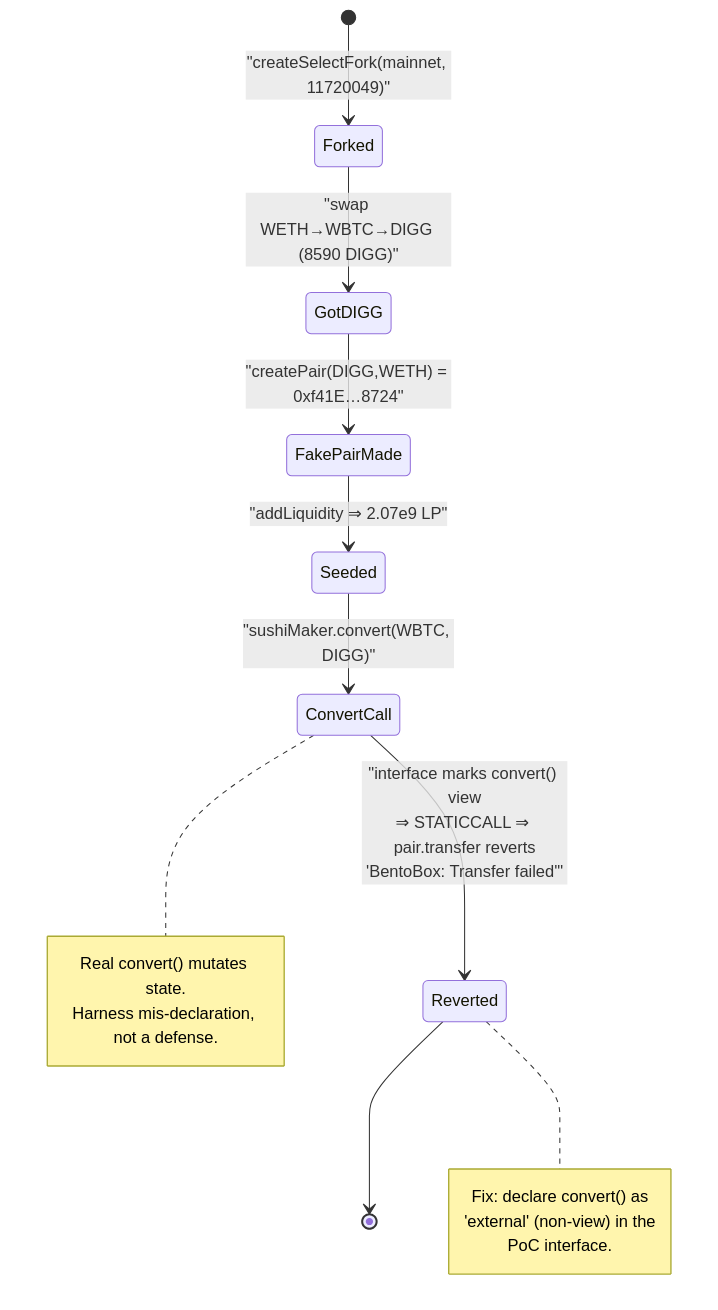
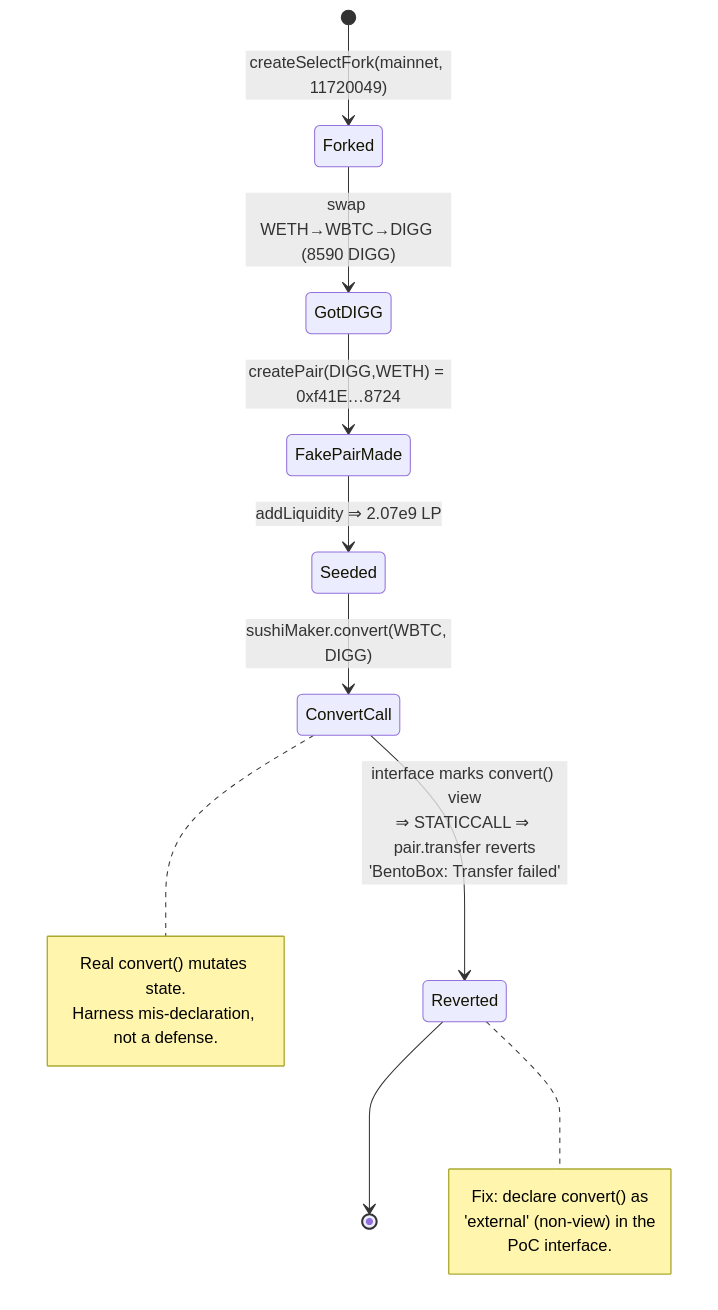
Before and after one commit to sanbir/evm-hack-registry: the third of 3 diagrams in 2021-01-Sushi_Badger_Digg_exp/Sushi_Badger_Digg_exp.md, drawn with Mermaid. The commit also changed 280 other files, not shown here.

Commit message:
mermaid fixes

````diff
--- a/2021-01-Sushi_Badger_Digg_exp/Sushi_Badger_Digg_exp.md
+++ b/2021-01-Sushi_Badger_Digg_exp/Sushi_Badger_Digg_exp.md
@@ -344,20 +344,20 @@
 ```mermaid
 stateDiagram-v2
-    [*] --> Forked: "createSelectFork(mainnet, 11720049)"
-    Forked --> GotDIGG: "swap WETH→WBTC→DIGG (8590 DIGG)"
-    GotDIGG --> FakePairMade: "createPair(DIGG,WETH) = 0xf41E…8724"
-    FakePairMade --> Seeded: "addLiquidity ⇒ 2.07e9 LP"
-    Seeded --> ConvertCall: "sushiMaker.convert(WBTC, DIGG)"
-    ConvertCall --> Reverted: "interface marks convert() view<br/>⇒ STATICCALL ⇒ pair.transfer reverts<br/>'BentoBox: Transfer failed'"
+    [*] --> Forked: createSelectFork(mainnet, 11720049)
+    Forked --> GotDIGG: swap WETH→WBTC→DIGG (8590 DIGG)
+    GotDIGG --> FakePairMade: createPair(DIGG,WETH) = 0xf41E…8724
+    FakePairMade --> Seeded: addLiquidity ⇒ 2.07e9 LP
+    Seeded --> ConvertCall: sushiMaker.convert(WBTC, DIGG)
+    ConvertCall --> Reverted: interface marks convert() view<br/>⇒ STATICCALL ⇒ pair.transfer reverts<br/>'BentoBox#58; Transfer failed'
     Reverted --> [*]
 
     note right of ConvertCall
       Real convert() mutates state.
       Harness mis-declaration, not a defense.
     end note
     note right of Reverted
       Fix: declare convert() as
       'external' (non-view) in the
       PoC interface.
     end note
 ```
````
